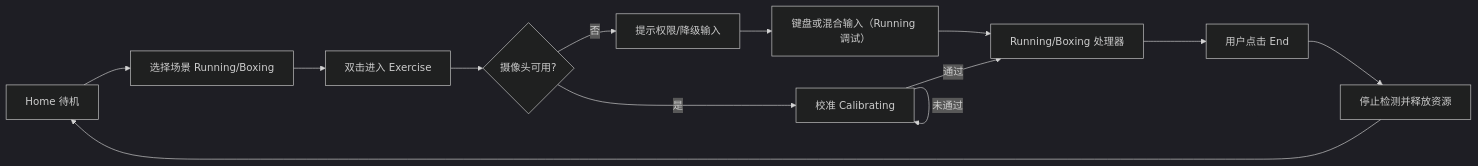
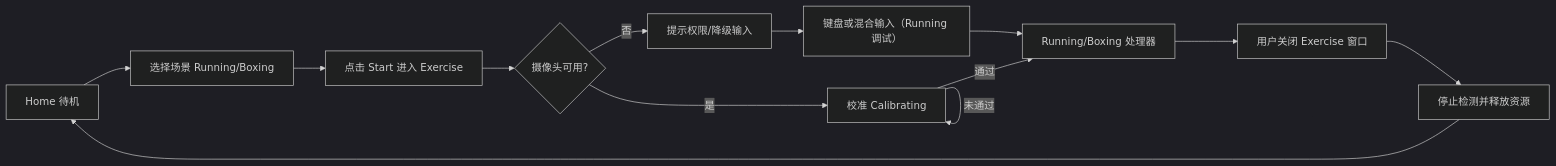
One commit to chiimagnus/VibeSports changed the diagram in .github/docs/business-logic.md. Above: the diagram before and after it, drawn with Mermaid (dark theme). The commit also changed other lines of this file and 3 other files, not shown here.

Commit message:
docs: update home/exercise window flow

````diff
--- a/.github/docs/business-logic.md
+++ b/.github/docs/business-logic.md
@@ -107,15 +107,15 @@
 ```mermaid
 flowchart LR
   A[Home 待机] --> B[选择场景 Running/Boxing]
-  B --> C[双击进入 Exercise]
+  B --> C[点击 Start 进入 Exercise]
   C --> D{摄像头可用?}
   D -->|否| E[提示权限/降级输入]
   D -->|是| F[校准 Calibrating]
   F -->|通过| G[Running/Boxing 处理器]
   F -->|未通过| F
   E --> H[键盘或混合输入（Running 调试）]
   H --> G
-  G --> I[用户点击 End]
+  G --> I[用户关闭 Exercise 窗口]
   I --> J[停止检测并释放资源]
   J --> A
 ```
````
